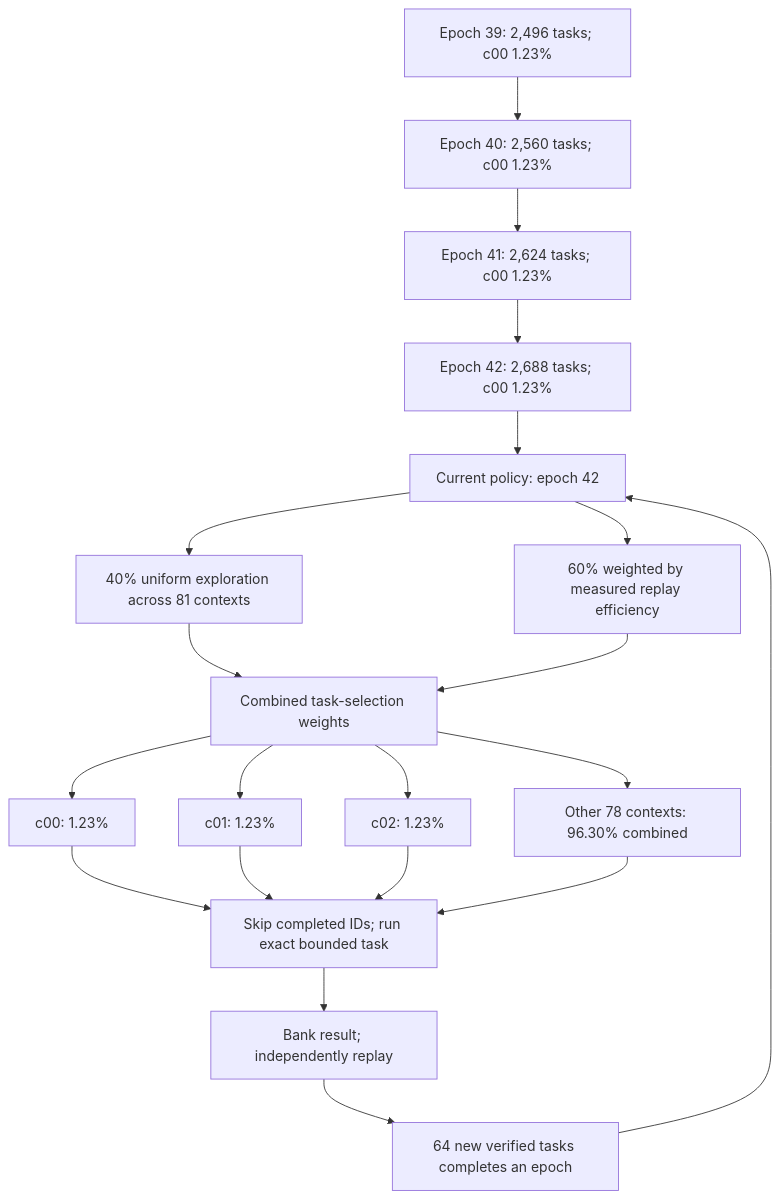
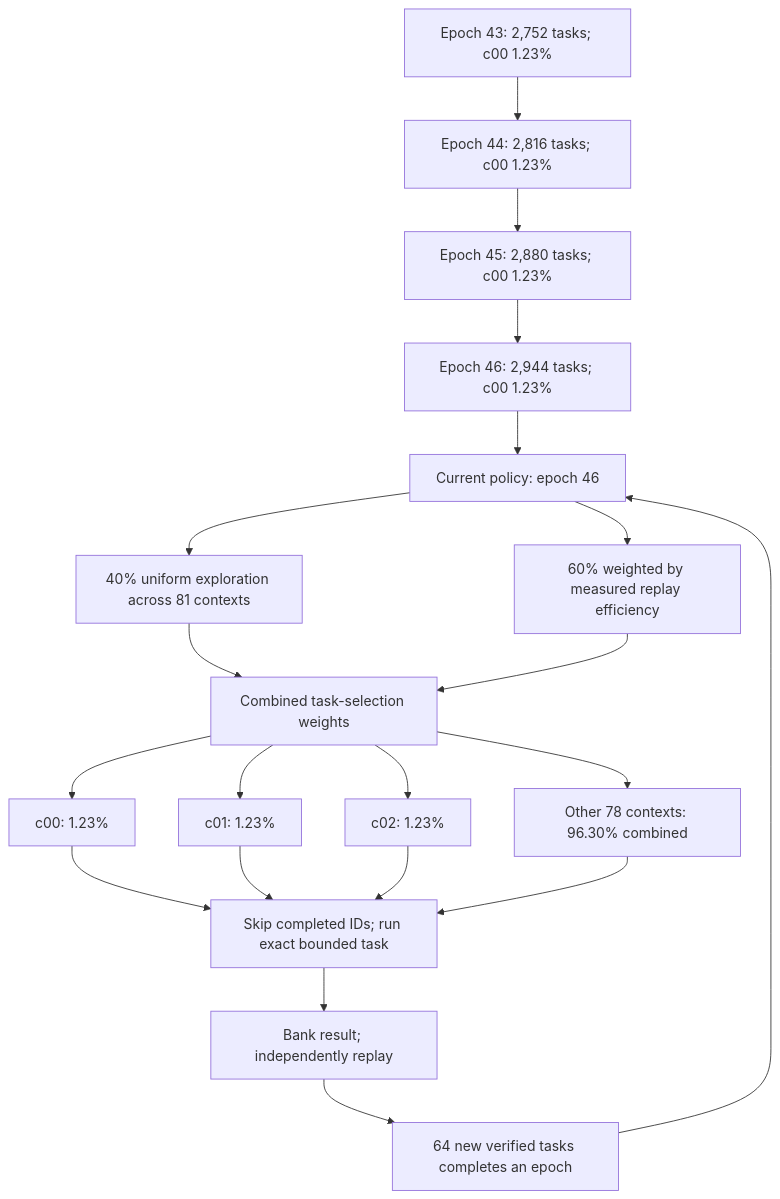
One commit to Kuberwastaken/math-gambling changed the diagram in README.md. Above: the diagram before and after it, drawn with Mermaid. The commit also changed other lines of this file and 595 other files, not shown here.

````diff
--- a/README.md
+++ b/README.md
@@ -48,27 +48,27 @@
 ```mermaid
 flowchart TD
-    H0["Epoch 39: 2,496 tasks; c00 1.23%"]
-    H1["Epoch 40: 2,560 tasks; c00 1.23%"]
+    H0["Epoch 43: 2,752 tasks; c00 1.23%"]
+    H1["Epoch 44: 2,816 tasks; c00 1.23%"]
     H0 --> H1
-    H2["Epoch 41: 2,624 tasks; c00 1.23%"]
+    H2["Epoch 45: 2,880 tasks; c00 1.23%"]
     H1 --> H2
-    H3["Epoch 42: 2,688 tasks; c00 1.23%"]
+    H3["Epoch 46: 2,944 tasks; c00 1.23%"]
     H2 --> H3
-    Policy["Current policy: epoch 42"]
+    Policy["Current policy: epoch 46"]
     H3 --> Policy
     Policy --> Explore["40% uniform exploration across 81 contexts"]
     Policy --> Cost["60% weighted by measured replay efficiency"]
     Explore --> Mix["Combined task-selection weights"]
     Cost --> Mix
     Mix --> C0["c00: 1.23%"]
     Mix --> C1["c01: 1.23%"]
     Mix --> C2["c02: 1.23%"]
     Mix --> Rest["Other 78 contexts: 96.30% combined"]
     C0 --> Check["Skip completed IDs; run exact bounded task"]
     C1 --> Check
     C2 --> Check
     Rest --> Check
     Check --> Replay["Bank result; independently replay"]
     Replay --> Gate["64 new verified tasks completes an epoch"]
     Gate --> Policy
 ```
````
